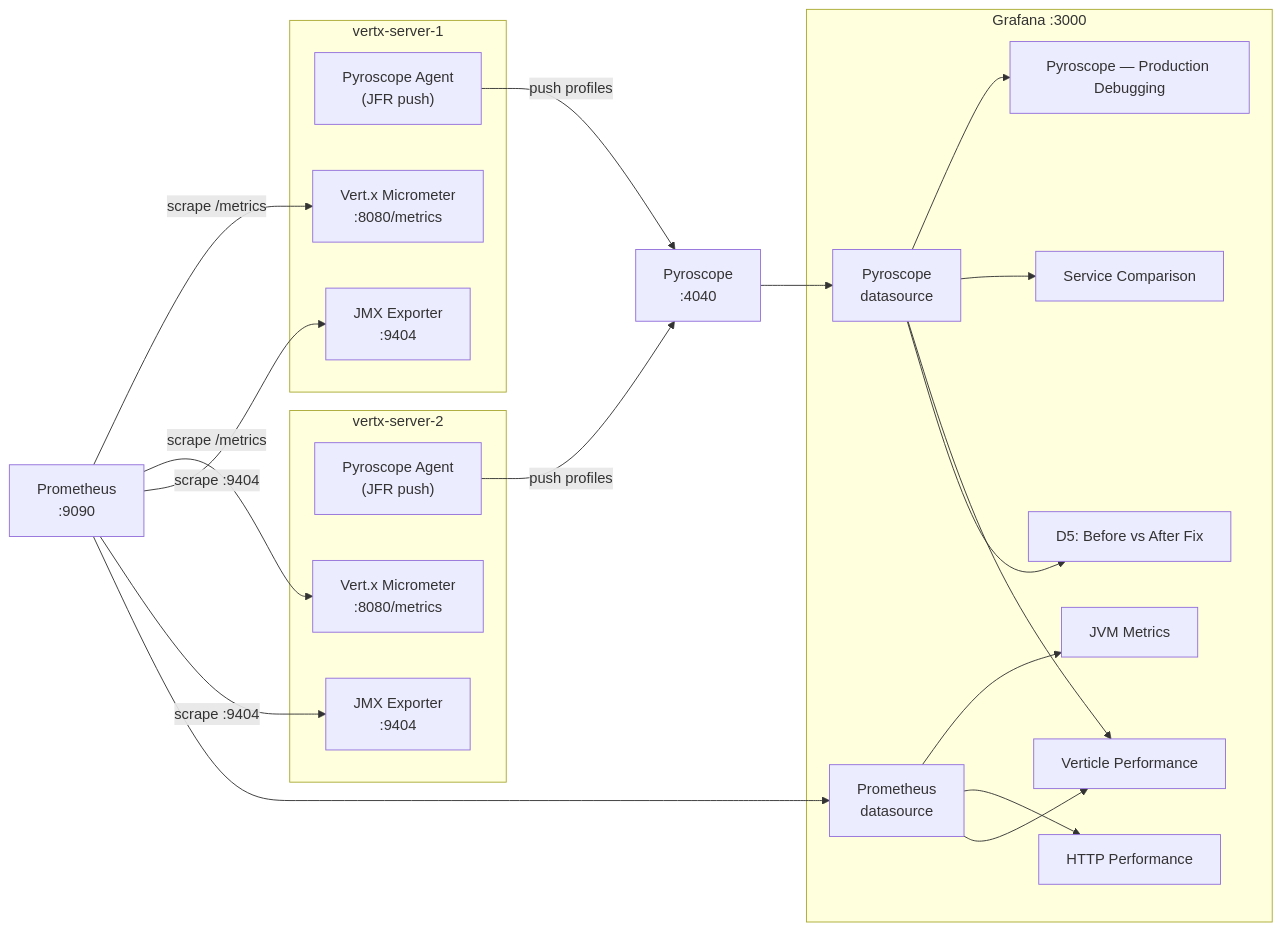
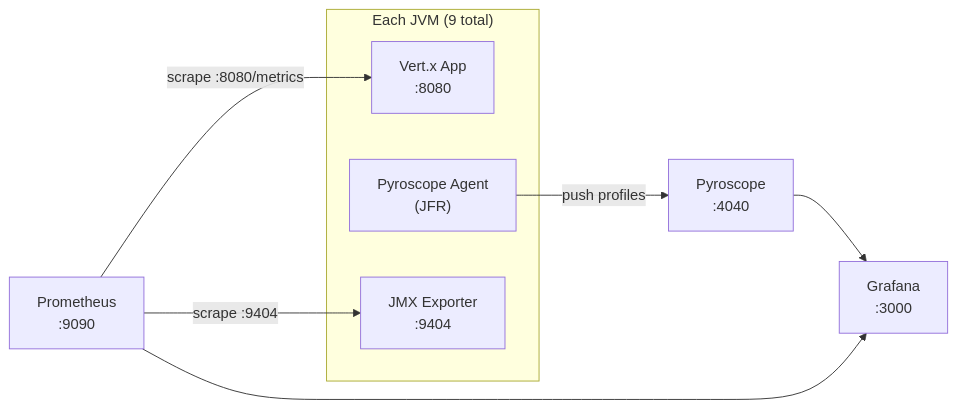
Before and after one commit to aff0gat000/pyroscope: the second of 2 diagrams in docs/architecture.md, drawn with Mermaid. The commit also changed other lines of this file, not shown here.

First line of the commit message:
Rewrite architecture.md for 9-service topology

````diff
--- a/docs/architecture.md
+++ b/docs/architecture.md
@@ -168,45 +115,18 @@
 ```mermaid
 flowchart LR
-    subgraph JVM1["vertx-server-1"]
-        PA1["Pyroscope Agent\n(JFR push)"]
-        JMX1["JMX Exporter\n:9404"]
-        MM1["Vert.x Micrometer\n:8080/metrics"]
-    end
-
-    subgraph JVM2["vertx-server-2"]
-        PA2["Pyroscope Agent\n(JFR push)"]
-        JMX2["JMX Exporter\n:9404"]
-        MM2["Vert.x Micrometer\n:8080/metrics"]
+    subgraph jvm["Each JVM (9 total)"]
+        APP["Vert.x App\n:8080"]
+        PA["Pyroscope Agent\n(JFR)"]
+        JMX["JMX Exporter\n:9404"]
     end
 
     PY["Pyroscope\n:4040"]
     PR["Prometheus\n:9090"]
+    GF["Grafana\n:3000"]
 
-    PA1 -->|"push profiles"| PY
-    PA2 -->|"push profiles"| PY
-    PR -->|"scrape /metrics"| MM1
-    PR -->|"scrape /metrics"| MM2
-    PR -->|"scrape :9404"| JMX1
-    PR -->|"scrape :9404"| JMX2
-
-    subgraph GR["Grafana :3000"]
-        DS1["Pyroscope\ndatasource"]
-        DS2["Prometheus\ndatasource"]
-        D1["Pyroscope — Production Debugging"]
-        D2["Service Comparison"]
-        D3["JVM Metrics"]
-        D4["HTTP Performance"]
-        D5["Verticle Performance"]
-        D6["D5: Before vs After Fix"]
-    end
-
-    PY --> DS1
-    PR --> DS2
-    DS1 --> D1
-    DS1 --> D2
-    DS1 --> D5
-    DS2 --> D3
-    DS2 --> D4
-    DS2 --> D5
-    DS1 --> D6
+    PA -->|"push profiles"| PY
+    PR -->|"scrape :8080/metrics"| APP
+    PR -->|"scrape :9404"| JMX
+    PY --> GF
+    PR --> GF
 ```
````
